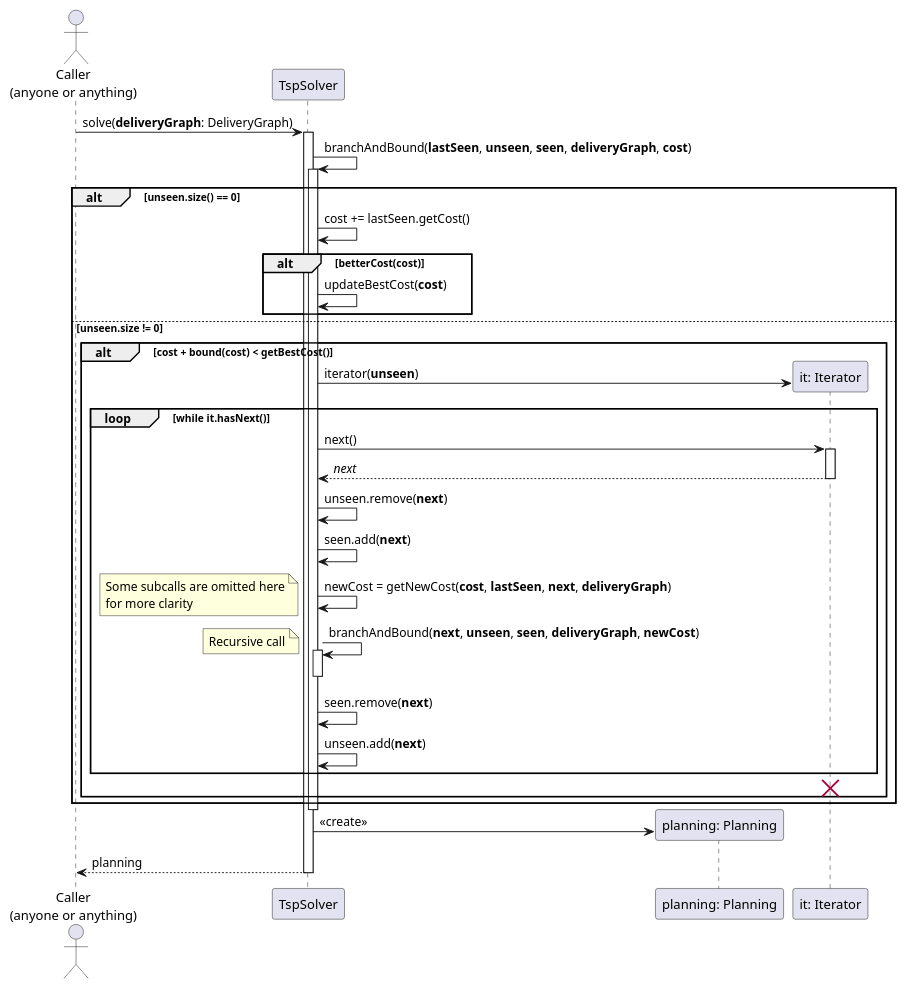
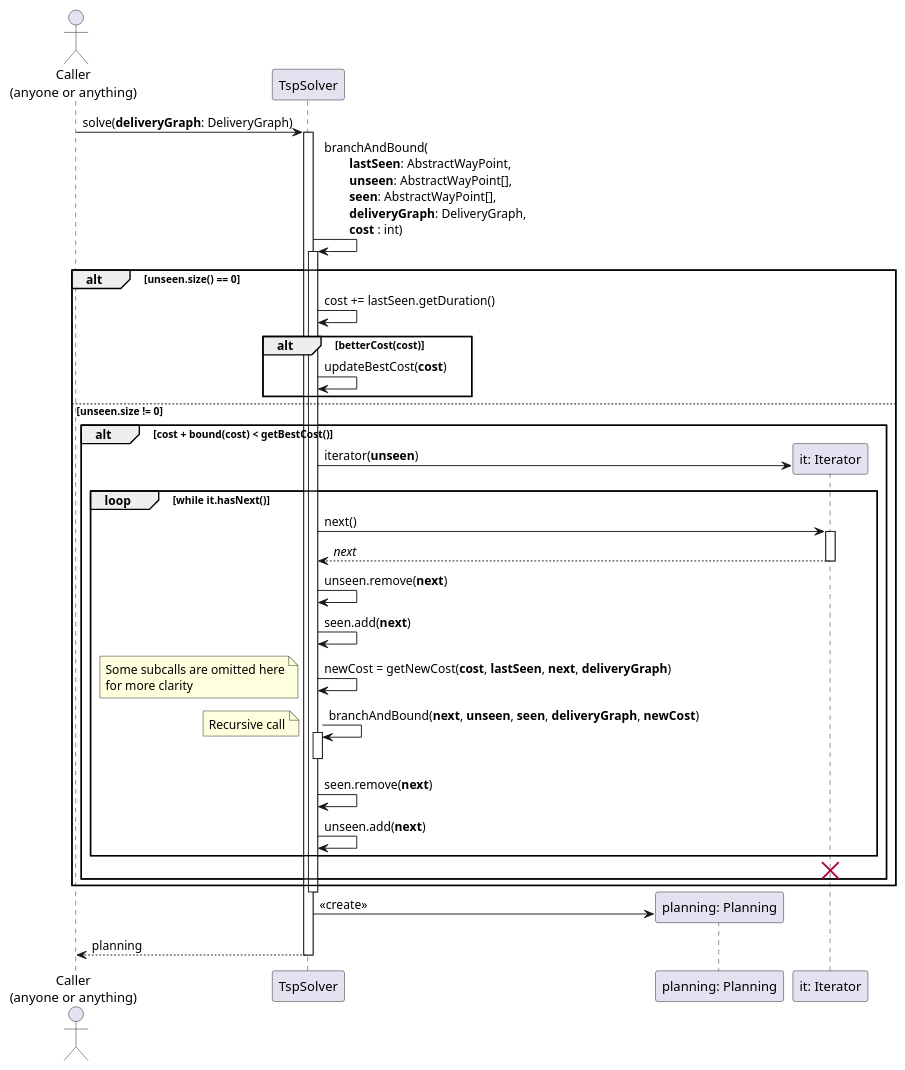
One commit to if-h4102/pld-agile changed the diagram in docs/uml/sequence-diagram-tsp.puml. Above: the diagram before and after it, drawn with PlantUML. The commit also changed 4 other files, not shown here.

Commit message:
AbstractWayPoint now has a method getDuration() (semanic may differ with implementation)

```diff
--- a/docs/uml/sequence-diagram-tsp.puml
+++ b/docs/uml/sequence-diagram-tsp.puml
@@ -1,56 +1,56 @@
 @startuml
 actor "Caller\n(anyone or anything)" as CPS
 participant TspSolver as TSP
 participant "planning: Planning" as Pl
 participant "it: Iterator" as it
 
 CPS -> TSP : solve(**deliveryGraph**: DeliveryGraph)
 activate TSP
 
-    TSP -> TSP : branchAndBound(**lastSeen**, **unseen**, **seen**, **deliveryGraph**, **cost**)
+    TSP -> TSP : branchAndBound(\n\t**lastSeen**: AbstractWayPoint,\n\t**unseen**: AbstractWayPoint[],\n\t**seen**: AbstractWayPoint[],\n\t**deliveryGraph**: DeliveryGraph,\n\t**cost** : int)
     activate TSP
 
         alt unseen.size() == 0
-            TSP -> TSP : cost += lastSeen.getCost()
+            TSP -> TSP : cost += lastSeen.getDuration()
             alt betterCost(**cost**)
                 TSP -> TSP : updateBestCost(**cost**)
             end
         else unseen.size != 0
             alt cost + bound(cost) < getBestCost()
                 create it
                 TSP -> it : iterator(**unseen**)
                 loop while it.hasNext()
                     TSP -> it : next()
                     activate it
                     TSP <-- it : //next//
                     deactivate it
                     TSP -> TSP : unseen.remove(**next**)
                     TSP -> TSP : seen.add(**next**)
                     TSP -> TSP : newCost = getNewCost(**cost**, **lastSeen**, **next**, **deliveryGraph**)
                     note left
                         Some subcalls are omitted here
                         for more clarity
                     end note
                     TSP -> TSP : branchAndBound(**next**, **unseen**, **seen**, **deliveryGraph**, **newCost**)
                     activate TSP
                         note left : Recursive call
                     deactivate TSP
                     TSP -> TSP : seen.remove(**next**)
                     TSP -> TSP : unseen.add(**next**)
                 end
                 destroy it
             end
 
 
         end
 
     deactivate TSP
 
     create Pl
     TSP -> Pl : <<create>>
 
     CPS <-- TSP : planning
 
 deactivate TSP
 
 @enduml
```
